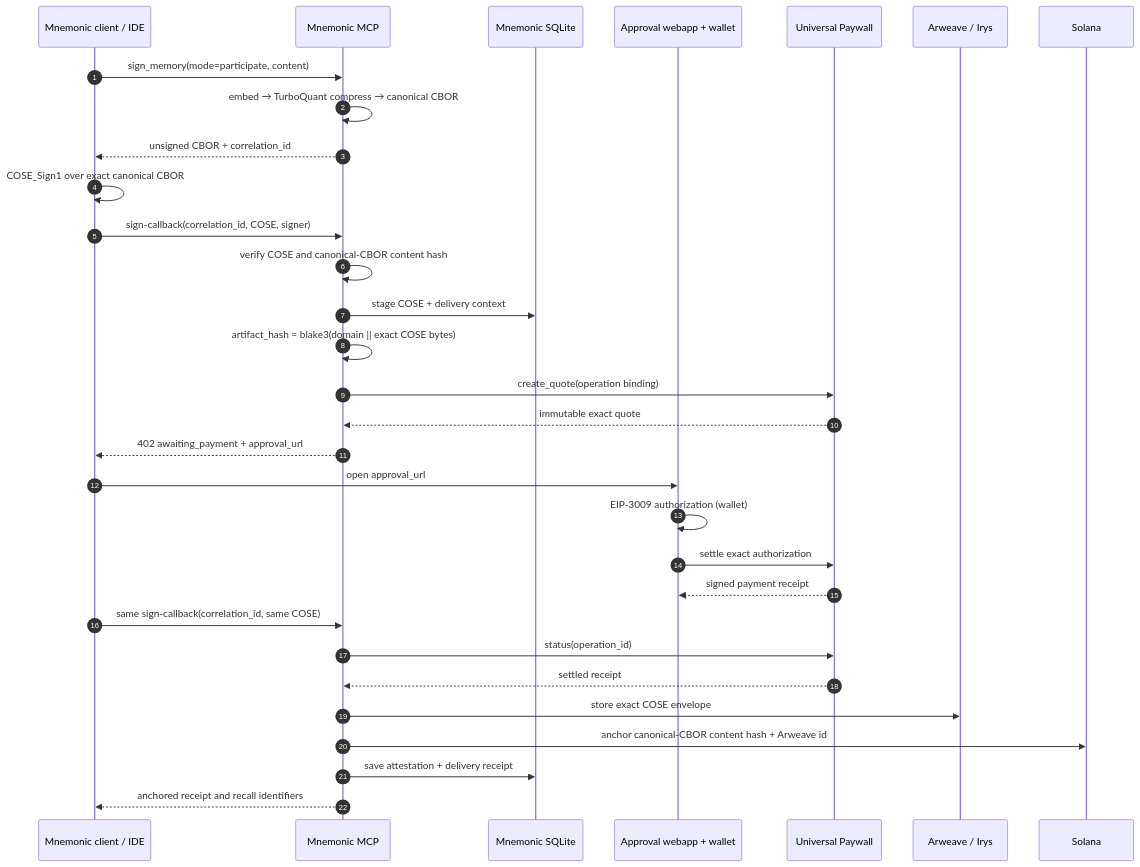
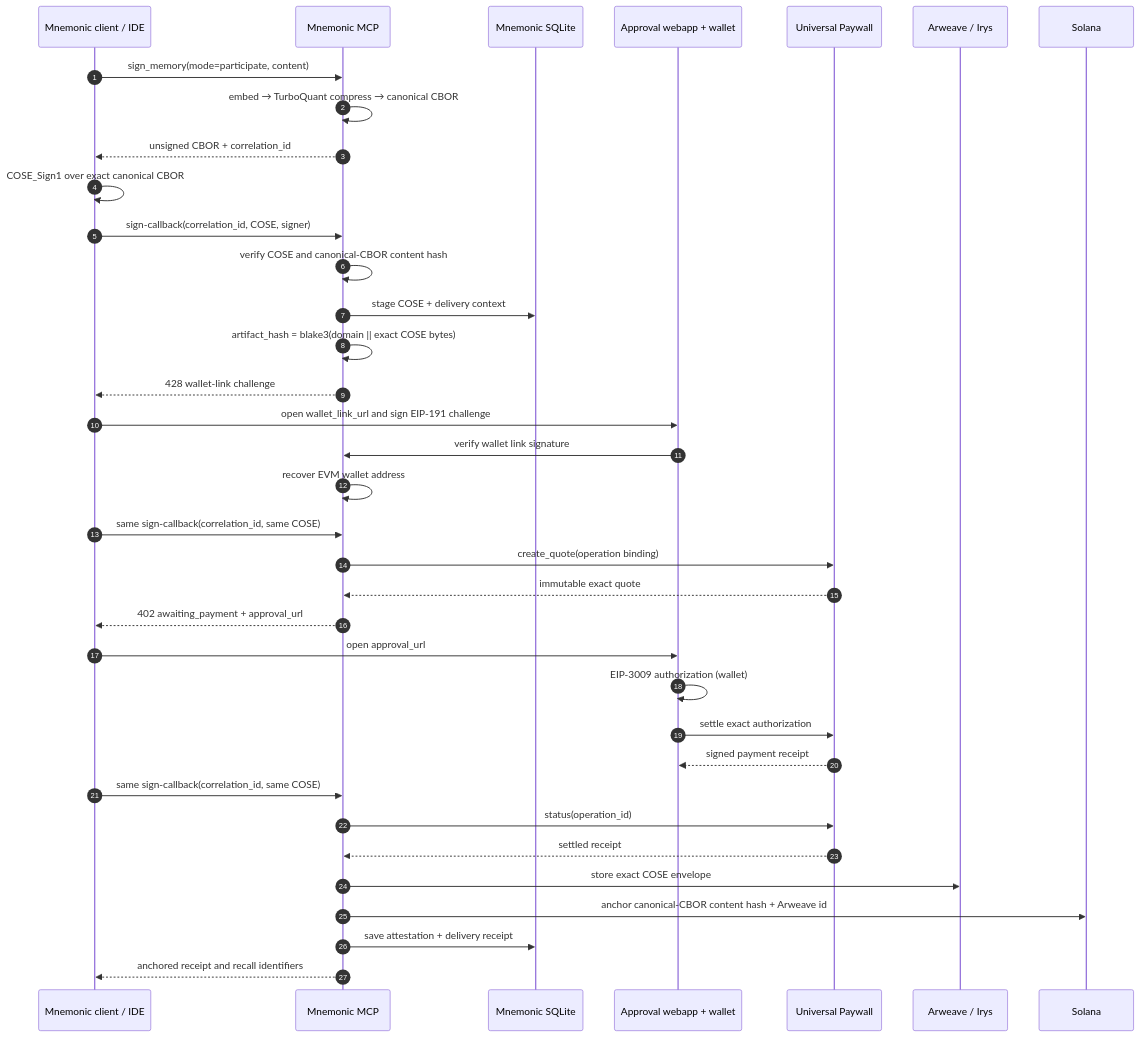
One commit to mnemonik-xyz/monorepo changed the first of 3 diagrams in work/universal-paywall-integration/flow.md. Above: the diagram before and after it, drawn with Mermaid. The commit also changed other lines of this file and 5 other files, not shown here.

````diff
--- a/work/universal-paywall-integration/flow.md
+++ b/work/universal-paywall-integration/flow.md
@@ -15,34 +15,39 @@
 ```mermaid
 sequenceDiagram
     autonumber
     participant C as Mnemonic client / IDE
     participant M as Mnemonic MCP
     participant DB as Mnemonic SQLite
     participant W as Approval webapp + wallet
     participant UP as Universal Paywall
     participant A as Arweave / Irys
     participant S as Solana
 
     C->>M: sign_memory(mode=participate, content)
     M->>M: embed → TurboQuant compress → canonical CBOR
     M-->>C: unsigned CBOR + correlation_id
     C->>C: COSE_Sign1 over exact canonical CBOR
     C->>M: sign-callback(correlation_id, COSE, signer)
     M->>M: verify COSE and canonical-CBOR content hash
     M->>DB: stage COSE + delivery context
     M->>M: artifact_hash = blake3(domain || exact COSE bytes)
+    M-->>C: 428 wallet-link challenge
+    C->>W: open wallet_link_url and sign EIP-191 challenge
+    W->>M: verify wallet link signature
+    M->>M: recover EVM wallet address
+    C->>M: same sign-callback(correlation_id, same COSE)
     M->>UP: create_quote(operation binding)
     UP-->>M: immutable exact quote
     M-->>C: 402 awaiting_payment + approval_url
     C->>W: open approval_url
     W->>W: EIP-3009 authorization (wallet)
     W->>UP: settle exact authorization
     UP-->>W: signed payment receipt
     C->>M: same sign-callback(correlation_id, same COSE)
     M->>UP: status(operation_id)
     UP-->>M: settled receipt
     M->>A: store exact COSE envelope
     M->>S: anchor canonical-CBOR content hash + Arweave id
     M->>DB: save attestation + delivery receipt
     M-->>C: anchored receipt and recall identifiers
 ```
````
